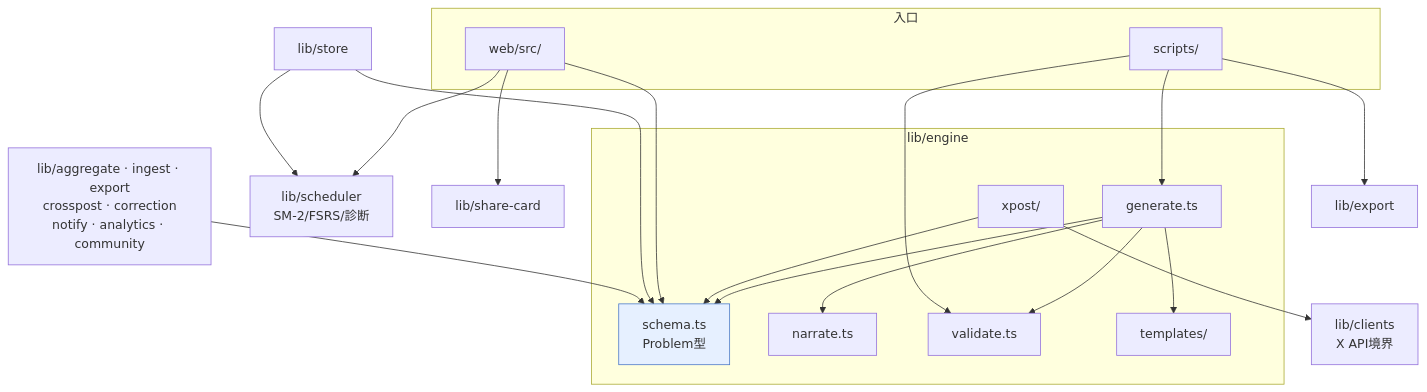
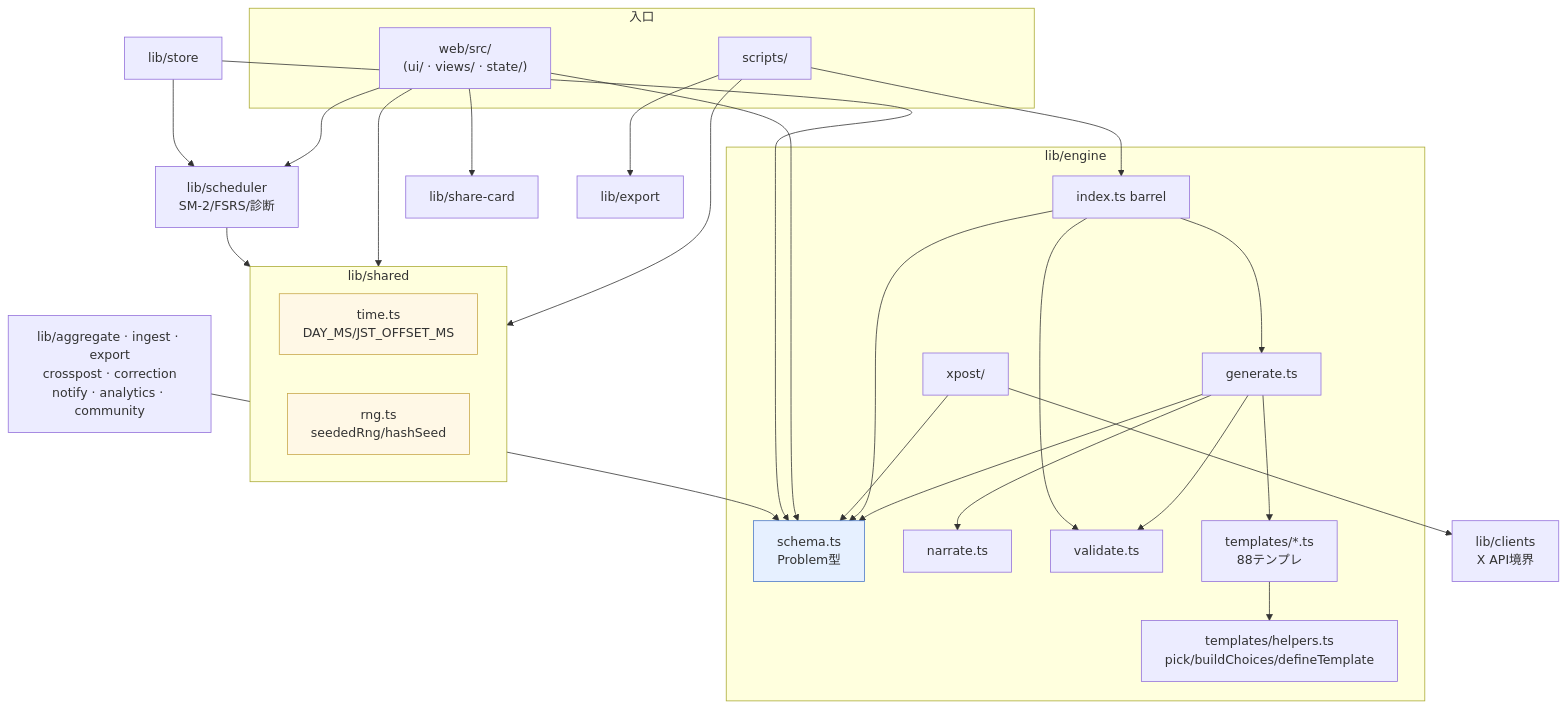
One commit to thinkyou0714/denken-os changed the diagram in docs/architecture.md. Above: the diagram before and after it, drawn with Mermaid. The commit also changed other lines of this file and 216 other files, not shown here.

````diff
--- a/docs/architecture.md
+++ b/docs/architecture.md
@@ -39,44 +64,59 @@
 ```mermaid
 graph TD
     subgraph entry["入口"]
         scripts[scripts/]
-        web[web/src/]
+        web["web/src/<br/>(ui/ · views/ · state/)"]
+    end
+
+    subgraph shared["lib/shared"]
+        time[time.ts<br/>DAY_MS/JST_OFFSET_MS]
+        rng[rng.ts<br/>seededRng/hashSeed]
     end
 
     subgraph engine["lib/engine"]
         schema[schema.ts<br/>Problem型]
         generate[generate.ts]
         narrate[narrate.ts]
         validate[validate.ts]
-        templates[templates/]
+        helpers["templates/helpers.ts<br/>pick/buildChoices/defineTemplate"]
+        templates[templates/*.ts<br/>88テンプレ]
         xpost[xpost/]
+        barrel[index.ts barrel]
     end
 
     clients[lib/clients<br/>X API境界]
     scheduler[lib/scheduler<br/>SM-2/FSRS/診断]
     store[lib/store]
     sharecard[lib/share-card]
     others[lib/aggregate · ingest · export<br/>crosspost · correction<br/>notify · analytics · community]
 
     generate --> narrate
     generate --> validate
     generate --> templates
     generate --> schema
+    templates --> helpers
+    barrel --> generate
+    barrel --> validate
+    barrel --> schema
     xpost --> schema
     xpost --> clients
 
-    scripts --> generate
+    scripts --> barrel
+    scripts --> shared
     scripts --> export2[lib/export]
-    scripts --> validate
 
     web --> schema
     web --> scheduler
     web --> sharecard
+    web --> shared
 
     store --> schema
     store --> scheduler
     others --> schema
+    scheduler --> shared
 
     classDef core fill:#e6f0ff,stroke:#4a78c8;
+    classDef sharedStyle fill:#fff8e6,stroke:#c8a84a;
     class schema core;
+    class time,rng sharedStyle;
 ```
````
